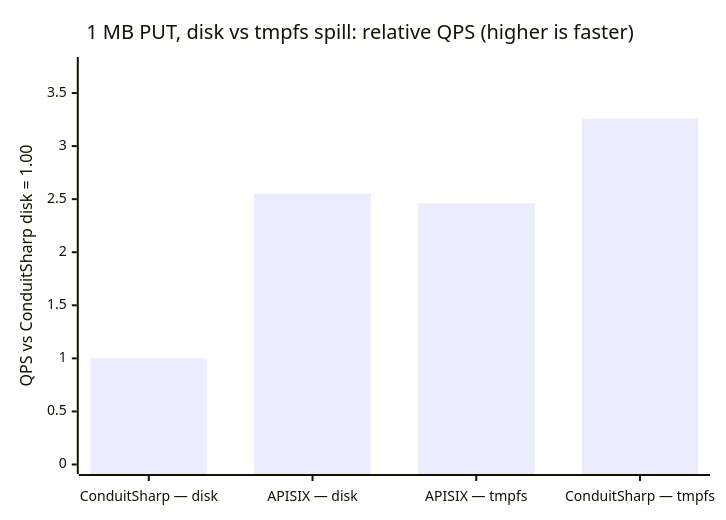
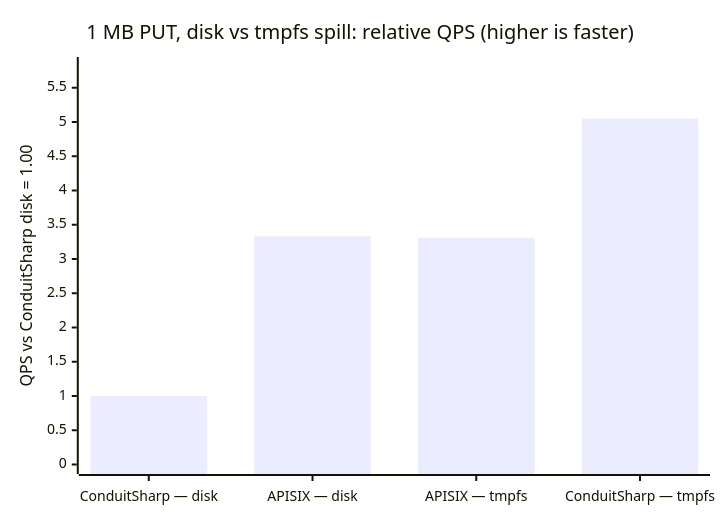
Before and after one commit to liqngliz/ConduitSharp: the seventh of 8 diagrams in README.md, drawn with Mermaid. The commit also changed other lines of this file and 1 other file, not shown here.

````diff
--- a/README.md
+++ b/README.md
@@ -197,7 +197,7 @@
 ```mermaid
 xychart-beta
     title "1 MB PUT, disk vs tmpfs spill: relative QPS (higher is faster)"
     x-axis ["ConduitSharp — disk", "APISIX — disk", "APISIX — tmpfs", "ConduitSharp — tmpfs"]
-    y-axis "QPS vs ConduitSharp disk = 1.00" 0 --> 3.75
-    bar [1.00, 2.55, 2.46, 3.26]
+    y-axis "QPS vs ConduitSharp disk = 1.00" 0 --> 5.81
+    bar [1.00, 3.33, 3.31, 5.05]
 ```
````
